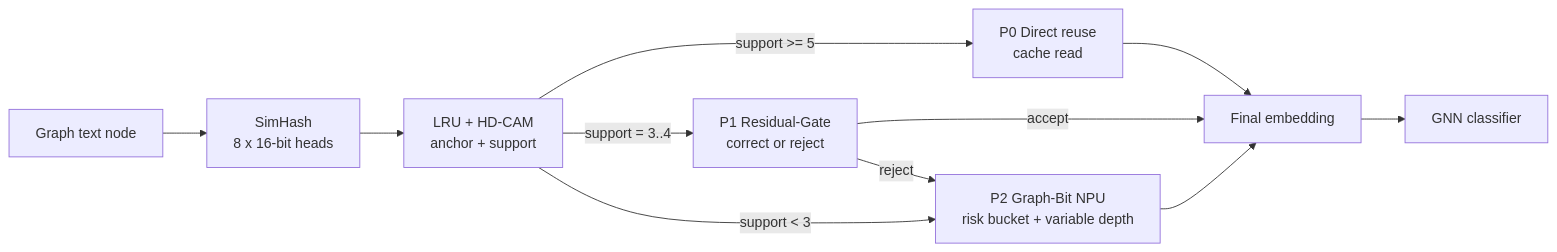
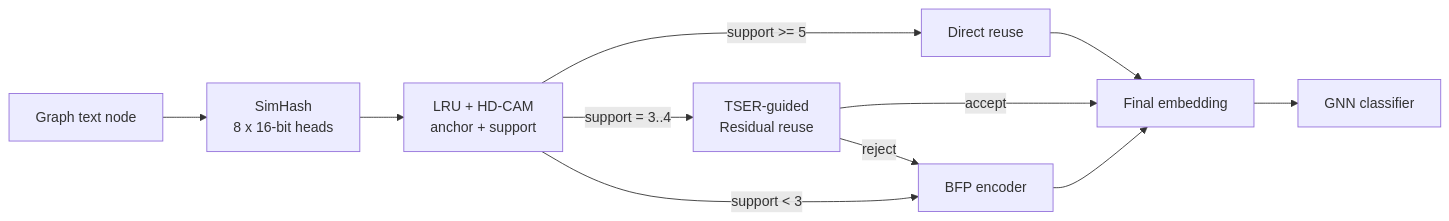
The diagram in docs/results/RESIDUAL_GATE_GRAPHBIT_NPU_PROGRESS.md (Zst0514/GraphhopSimhash), drawn with Mermaid before and after one commit. The commit also changed other lines of this file and 17 other files, not shown here.

Commit message:
docs: consolidate tser bfp mainline

````diff
--- a/docs/results/RESIDUAL_GATE_GRAPHBIT_NPU_PROGRESS.md
+++ b/docs/results/RESIDUAL_GATE_GRAPHBIT_NPU_PROGRESS.md
@@ -35,15 +17,13 @@
 ```mermaid
 flowchart LR
     A[Graph text node] --> B[SimHash<br/>8 x 16-bit heads]
     B --> C[LRU + HD-CAM<br/>anchor + support]
-
-    C -->|support >= 5| D[P0 Direct reuse<br/>cache read]
-    C -->|support = 3..4| E[P1 Residual-Gate<br/>correct or reject]
-    C -->|support < 3| F[P2 Graph-Bit NPU<br/>risk bucket + variable depth]
-
+    C -->|support >= 5| D[Direct reuse]
+    C -->|support = 3..4| E[TSER-guided<br/>Residual reuse]
+    C -->|support < 3| F[BFP encoder]
     E -->|accept| G[Final embedding]
     E -->|reject| F
     D --> G
     F --> G
     G --> H[GNN classifier]
 ```
````
